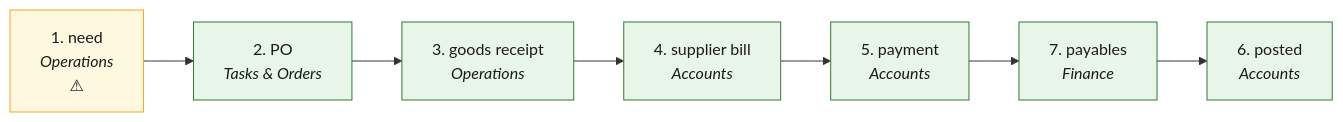
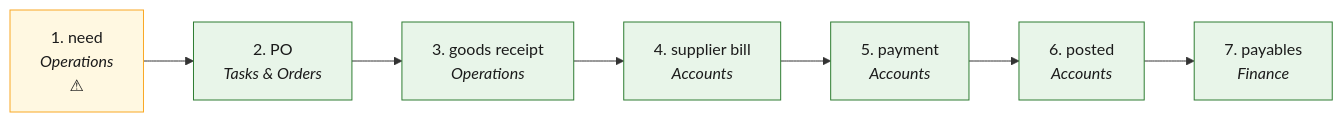
One commit to maharishia07/chitbridge-web changed the diagram in docs/process/P2P.md. Above: the diagram before and after it, drawn with Mermaid. The commit also changed 2 other files, not shown here.

Commit message:
process map: P2P steps in order (6 posted, then 7 payables)
The F4 merge placed step 7 payables before step 6 posted in flows.json;
process-map refused it (steps numbered 1..n in order). Swapped the two blocks
only (8 lines), regenerated P2P.md + INDEX.md. process-map, gen-process-docs
--check, guard-static, docs-guard, check-syntax pass.

````diff
--- a/docs/process/P2P.md
+++ b/docs/process/P2P.md
@@ -7,16 +7,16 @@
 ```mermaid
 flowchart LR
   S1["1. need<br/><i>Operations</i><br/>⚠"]
   S2["2. PO<br/><i>Tasks & Orders</i>"]
   S3["3. goods receipt<br/><i>Operations</i>"]
   S4["4. supplier bill<br/><i>Accounts</i>"]
   S5["5. payment<br/><i>Accounts</i>"]
+  S6["6. posted<br/><i>Accounts</i>"]
   S7["7. payables<br/><i>Finance</i>"]
-  S6["6. posted<br/><i>Accounts</i>"]
-  S1 --> S2 --> S3 --> S4 --> S5 --> S7 --> S6
+  S1 --> S2 --> S3 --> S4 --> S5 --> S6 --> S7
   classDef ok fill:#e8f5e9,stroke:#2e7d32,color:#1b1b1b
   classDef warn fill:#fff8e1,stroke:#f9a825,color:#1b1b1b
   classDef missing fill:#fafafa,stroke:#9e9e9e,stroke-dasharray:5 5,color:#616161
-  class S2,S3,S4,S5,S7,S6 ok
+  class S2,S3,S4,S5,S6,S7 ok
   class S1 warn
 ```
````
